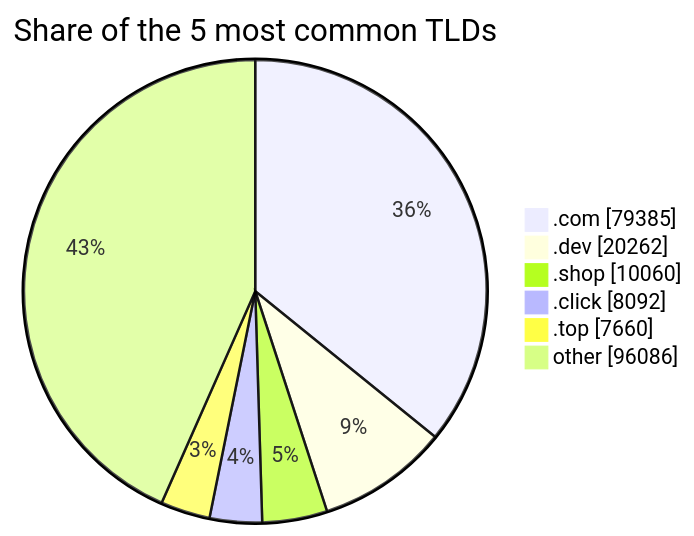
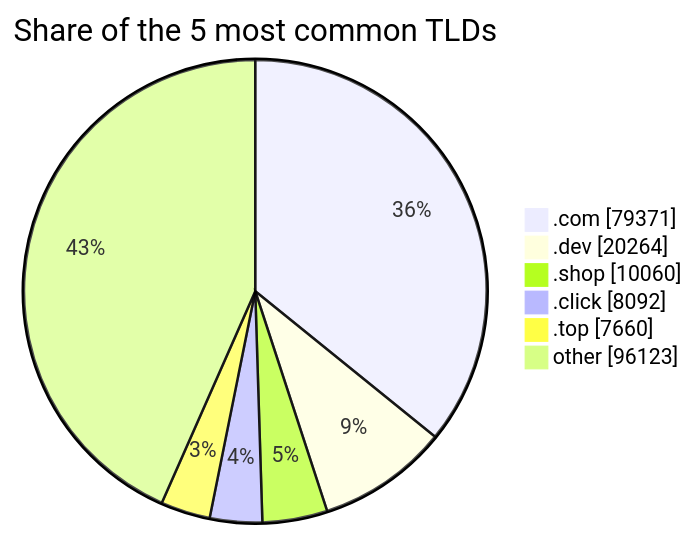
The third of 3 diagrams in README.md (DNSBunker/CTI), drawn with Mermaid before and after one commit. The commit also changed other lines of this file and 3 other files, not shown here.

````diff
--- a/README.md
+++ b/README.md
@@ -81,9 +81,9 @@
 ```mermaid
 pie showData title Share of the 5 most common TLDs
-    ".com" : 79385
-    ".dev" : 20262
+    ".com" : 79371
+    ".dev" : 20264
     ".shop" : 10060
     ".click" : 8092
     ".top" : 7660
-    "other" : 96086
+    "other" : 96123
 ```
````
